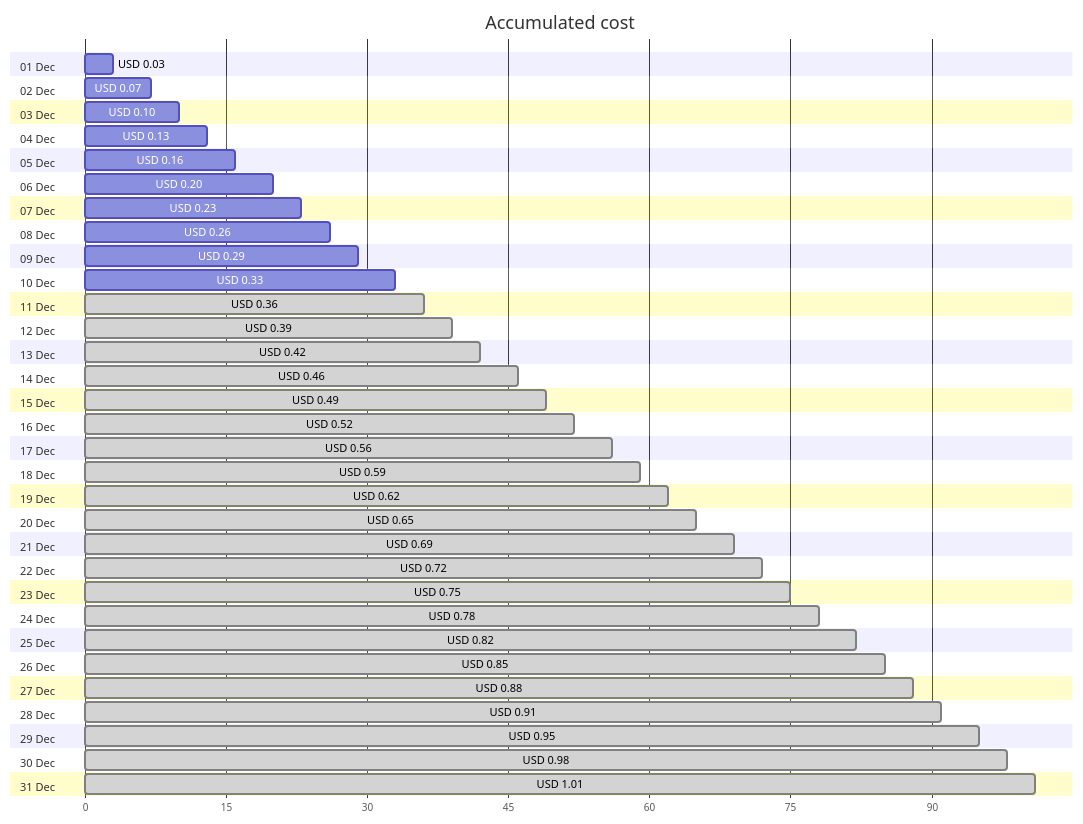
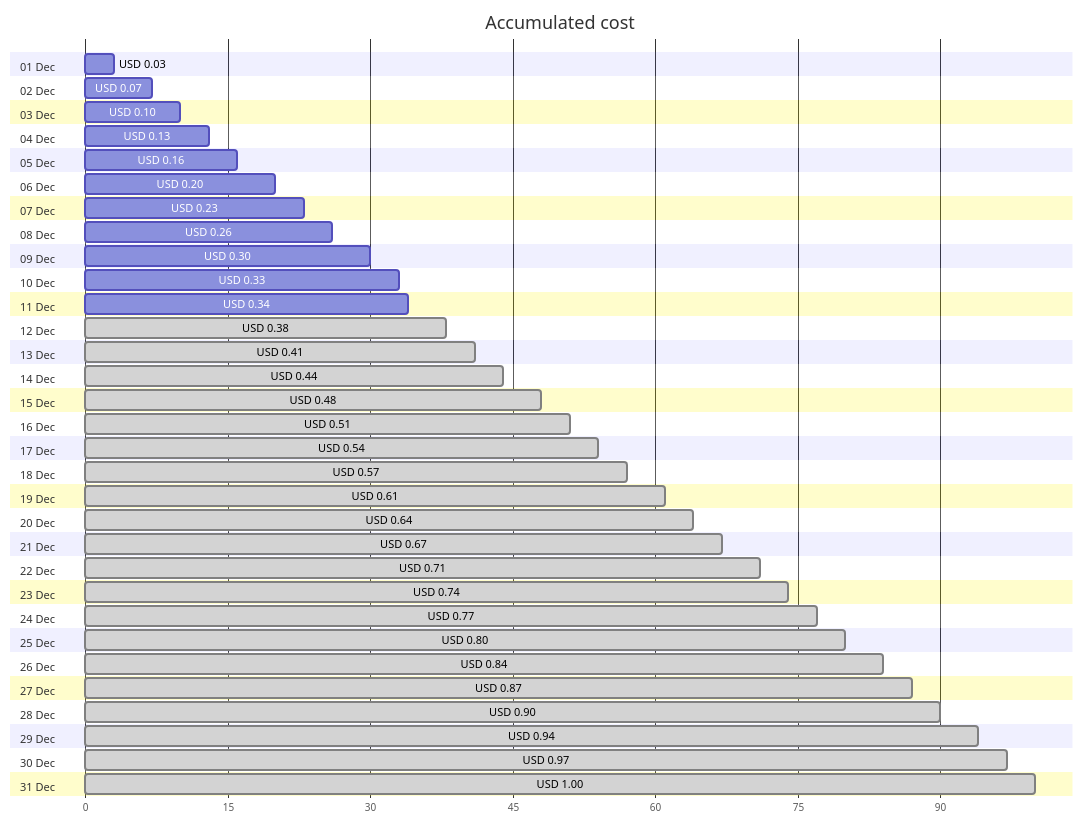
One commit to jpfulton/azure-personal-reports changed the first of 4 diagrams in cost-reports/personal-dns/README.md. Above: the diagram before and after it, drawn with Mermaid. The commit also changed other lines of this file and 2 other files, not shown here.

Commit message:
Generated reports [skip ci]

````diff
--- a/cost-reports/personal-dns/README.md
+++ b/cost-reports/personal-dns/README.md
@@ -20,68 +20,68 @@
 ```mermaid
 gantt
    title Accumulated cost
    dateFormat  X
    axisFormat %s
    section 01 Dec
    USD 0.03 :0, 3
    section 02 Dec
    USD 0.07 :0, 7
    section 03 Dec
    USD 0.10 :0, 10
    section 04 Dec
    USD 0.13 :0, 13
    section 05 Dec
    USD 0.16 :0, 16
    section 06 Dec
    USD 0.20 :0, 20
    section 07 Dec
    USD 0.23 :0, 23
    section 08 Dec
    USD 0.26 :0, 26
    section 09 Dec
-   USD 0.29 :0, 29
+   USD 0.30 :0, 30
    section 10 Dec
    USD 0.33 :0, 33
    section 11 Dec
-   USD 0.36 : done, 0, 36
+   USD 0.34 :0, 34
    section 12 Dec
-   USD 0.39 : done, 0, 39
+   USD 0.38 : done, 0, 38
    section 13 Dec
-   USD 0.42 : done, 0, 42
+   USD 0.41 : done, 0, 41
    section 14 Dec
-   USD 0.46 : done, 0, 46
+   USD 0.44 : done, 0, 44
    section 15 Dec
-   USD 0.49 : done, 0, 49
+   USD 0.48 : done, 0, 48
    section 16 Dec
-   USD 0.52 : done, 0, 52
+   USD 0.51 : done, 0, 51
    section 17 Dec
-   USD 0.56 : done, 0, 56
+   USD 0.54 : done, 0, 54
    section 18 Dec
-   USD 0.59 : done, 0, 59
+   USD 0.57 : done, 0, 57
    section 19 Dec
-   USD 0.62 : done, 0, 62
+   USD 0.61 : done, 0, 61
    section 20 Dec
-   USD 0.65 : done, 0, 65
+   USD 0.64 : done, 0, 64
    section 21 Dec
-   USD 0.69 : done, 0, 69
+   USD 0.67 : done, 0, 67
    section 22 Dec
-   USD 0.72 : done, 0, 72
+   USD 0.71 : done, 0, 71
    section 23 Dec
-   USD 0.75 : done, 0, 75
+   USD 0.74 : done, 0, 74
    section 24 Dec
-   USD 0.78 : done, 0, 78
+   USD 0.77 : done, 0, 77
    section 25 Dec
-   USD 0.82 : done, 0, 82
+   USD 0.80 : done, 0, 80
    section 26 Dec
-   USD 0.85 : done, 0, 85
+   USD 0.84 : done, 0, 84
    section 27 Dec
-   USD 0.88 : done, 0, 88
+   USD 0.87 : done, 0, 87
    section 28 Dec
-   USD 0.91 : done, 0, 91
+   USD 0.90 : done, 0, 90
    section 29 Dec
-   USD 0.95 : done, 0, 95
+   USD 0.94 : done, 0, 94
    section 30 Dec
-   USD 0.98 : done, 0, 98
+   USD 0.97 : done, 0, 97
    section 31 Dec
-   USD 1.01 : done, 0, 101
+   USD 1.00 : done, 0, 100
 ```
````
